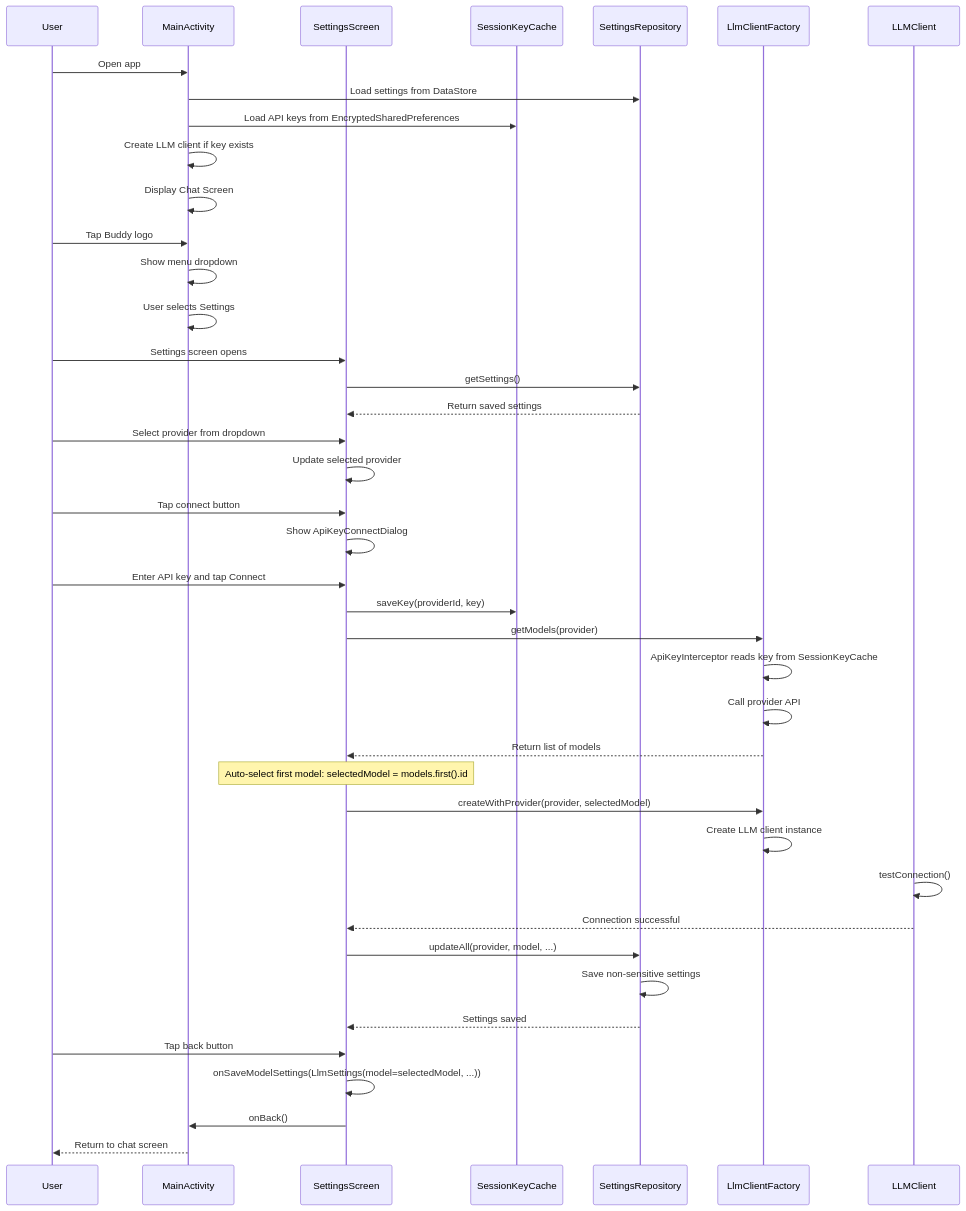
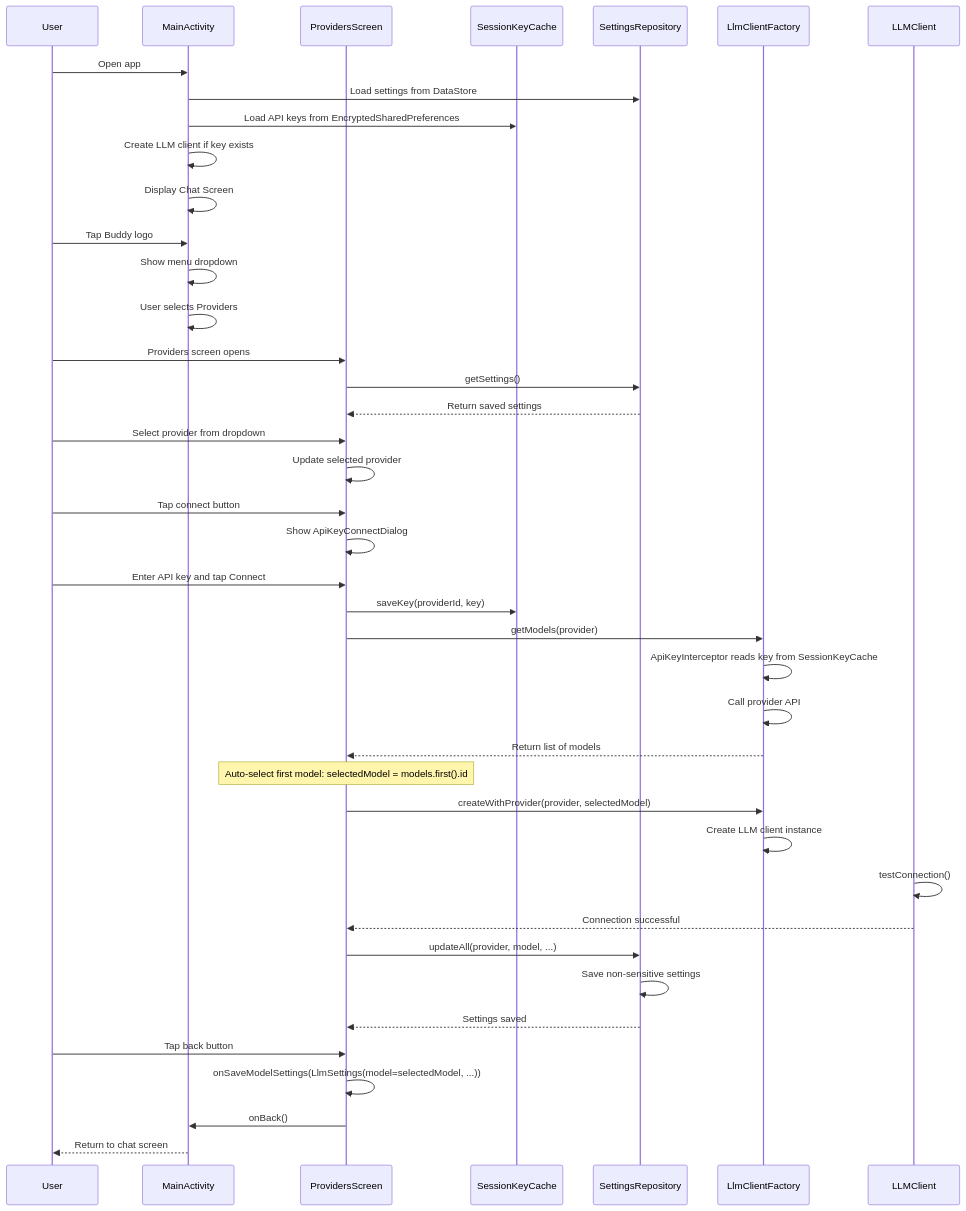
The first of 11 diagrams in docs/seq_others.md (lehoang318/buddy), drawn with Mermaid before and after one commit. The commit also changed other lines of this file and 48 other files, not shown here.

````diff
--- a/docs/seq_others.md
+++ b/docs/seq_others.md
@@ -7,52 +7,52 @@
 ```mermaid
 sequenceDiagram
     participant User
     participant MainActivity
-    participant SettingsScreen
+    participant ProvidersScreen
     participant SessionKeyCache
     participant SettingsRepository
     participant LlmClientFactory
     participant LLMClient
 
     User->>MainActivity: Open app
     MainActivity->>SettingsRepository: Load settings from DataStore
     MainActivity->>SessionKeyCache: Load API keys from EncryptedSharedPreferences
     MainActivity->>MainActivity: Create LLM client if key exists
     MainActivity->>MainActivity: Display Chat Screen
 
     User->>MainActivity: Tap Buddy logo
     MainActivity->>MainActivity: Show menu dropdown
-    MainActivity->>MainActivity: User selects Settings
+    MainActivity->>MainActivity: User selects Providers
 
-    User->>SettingsScreen: Settings screen opens
-    SettingsScreen->>SettingsRepository: getSettings()
-    SettingsRepository-->>SettingsScreen: Return saved settings
+    User->>ProvidersScreen: Providers screen opens
+    ProvidersScreen->>SettingsRepository: getSettings()
+    SettingsRepository-->>ProvidersScreen: Return saved settings
 
-    User->>SettingsScreen: Select provider from dropdown
-    SettingsScreen->>SettingsScreen: Update selected provider
+    User->>ProvidersScreen: Select provider from dropdown
+    ProvidersScreen->>ProvidersScreen: Update selected provider
 
-    User->>SettingsScreen: Tap connect button
-    SettingsScreen->>SettingsScreen: Show ApiKeyConnectDialog
-    User->>SettingsScreen: Enter API key and tap Connect
-    SettingsScreen->>SessionKeyCache: saveKey(providerId, key)
-    SettingsScreen->>LlmClientFactory: getModels(provider)
+    User->>ProvidersScreen: Tap connect button
+    ProvidersScreen->>ProvidersScreen: Show ApiKeyConnectDialog
+    User->>ProvidersScreen: Enter API key and tap Connect
+    ProvidersScreen->>SessionKeyCache: saveKey(providerId, key)
+    ProvidersScreen->>LlmClientFactory: getModels(provider)
     LlmClientFactory->>LlmClientFactory: ApiKeyInterceptor reads key from SessionKeyCache
     LlmClientFactory->>LlmClientFactory: Call provider API
-    LlmClientFactory-->>SettingsScreen: Return list of models
+    LlmClientFactory-->>ProvidersScreen: Return list of models
 
-    Note over SettingsScreen: Auto-select first model: selectedModel = models.first().id
+    Note over ProvidersScreen: Auto-select first model: selectedModel = models.first().id
 
-    SettingsScreen->>LlmClientFactory: createWithProvider(provider, selectedModel)
+    ProvidersScreen->>LlmClientFactory: createWithProvider(provider, selectedModel)
     LlmClientFactory->>LlmClientFactory: Create LLM client instance
     LLMClient->>LLMClient: testConnection()
-    LLMClient-->>SettingsScreen: Connection successful
+    LLMClient-->>ProvidersScreen: Connection successful
 
-    SettingsScreen->>SettingsRepository: updateAll(provider, model, ...)
+    ProvidersScreen->>SettingsRepository: updateAll(provider, model, ...)
     SettingsRepository->>SettingsRepository: Save non-sensitive settings
-    SettingsRepository-->>SettingsScreen: Settings saved
+    SettingsRepository-->>ProvidersScreen: Settings saved
 
-    User->>SettingsScreen: Tap back button
-    SettingsScreen->>SettingsScreen: onSaveModelSettings(LlmSettings(model=selectedModel, ...))
-    SettingsScreen->>MainActivity: onBack()
+    User->>ProvidersScreen: Tap back button
+    ProvidersScreen->>ProvidersScreen: onSaveModelSettings(LlmSettings(model=selectedModel, ...))
+    ProvidersScreen->>MainActivity: onBack()
     MainActivity-->>User: Return to chat screen
 ```
````
